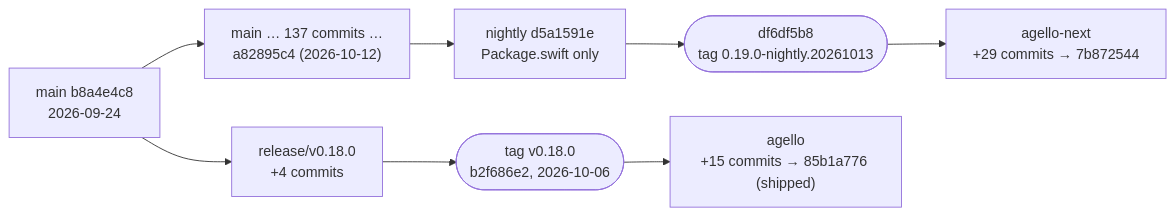
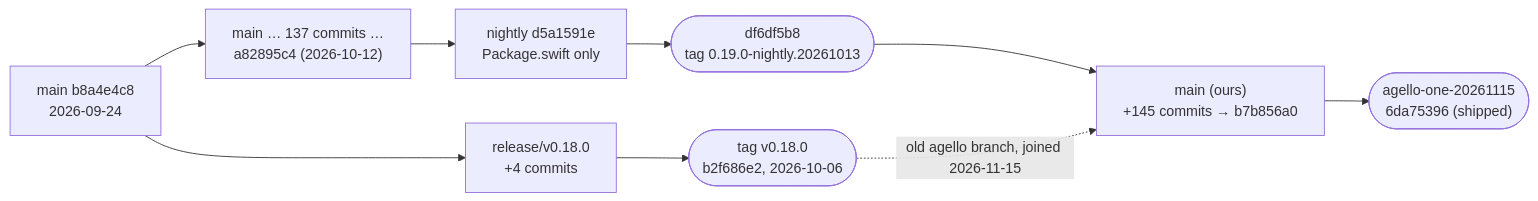
Before and after one commit to PowerBeef/agello-litert-lm: the diagram in docs/agello/reference/versions.md, drawn with Mermaid. The commit also changed other lines of this file and 207 other files, not shown here.

First line of the commit message:
Reference: re-pinned to main b7b856a0, the one-repository layout, every moved claim verified again

````diff
--- a/docs/agello/reference/versions.md
+++ b/docs/agello/reference/versions.md
@@ -88,8 +99,9 @@
 ```mermaid
 flowchart LR
   M0["main b8a4e4c8<br/>2026-09-24"] --> R1["release/v0.18.0<br/>+4 commits"] --> T18(["tag v0.18.0<br/>b2f686e2, 2026-10-06"])
   M0 --> M1["main … 137 commits …<br/>a82895c4 (2026-10-12)"]
   M1 --> N1["nightly d5a1591e<br/>Package.swift only"] --> N2(["df6df5b8<br/>tag 0.19.0-nightly.20261013"])
-  N2 --> A["agello-next<br/>+29 commits → 7b872544"]
-  T18 --> S["agello<br/>+15 commits → 85b1a776 (shipped)"]
+  N2 --> A["main (ours)<br/>+145 commits → b7b856a0"]
+  A --> S(["agello-one-20261115<br/>6da75396 (shipped)"])
+  T18 -. "old agello branch, joined 2026-11-15" .-> A
 ```
````
